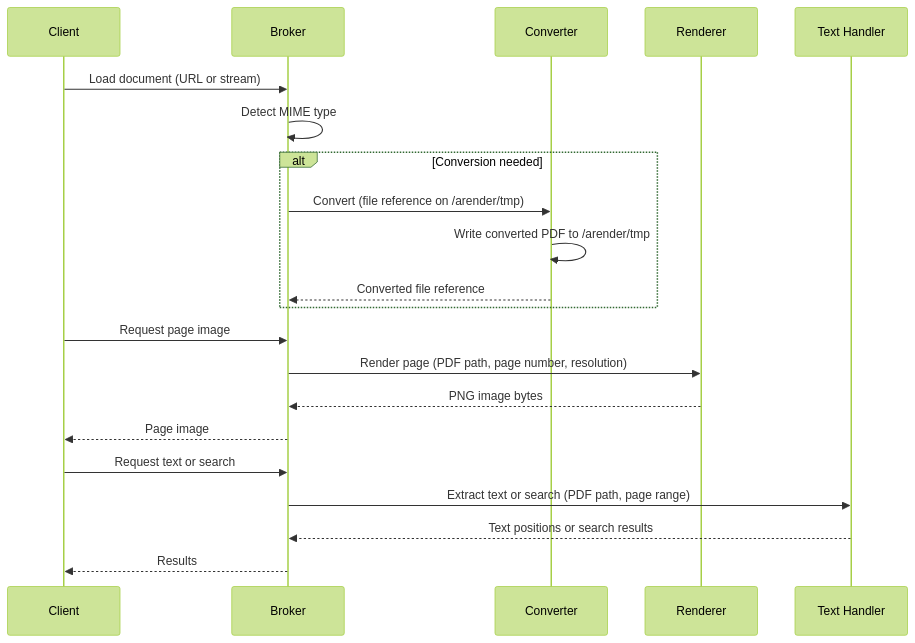
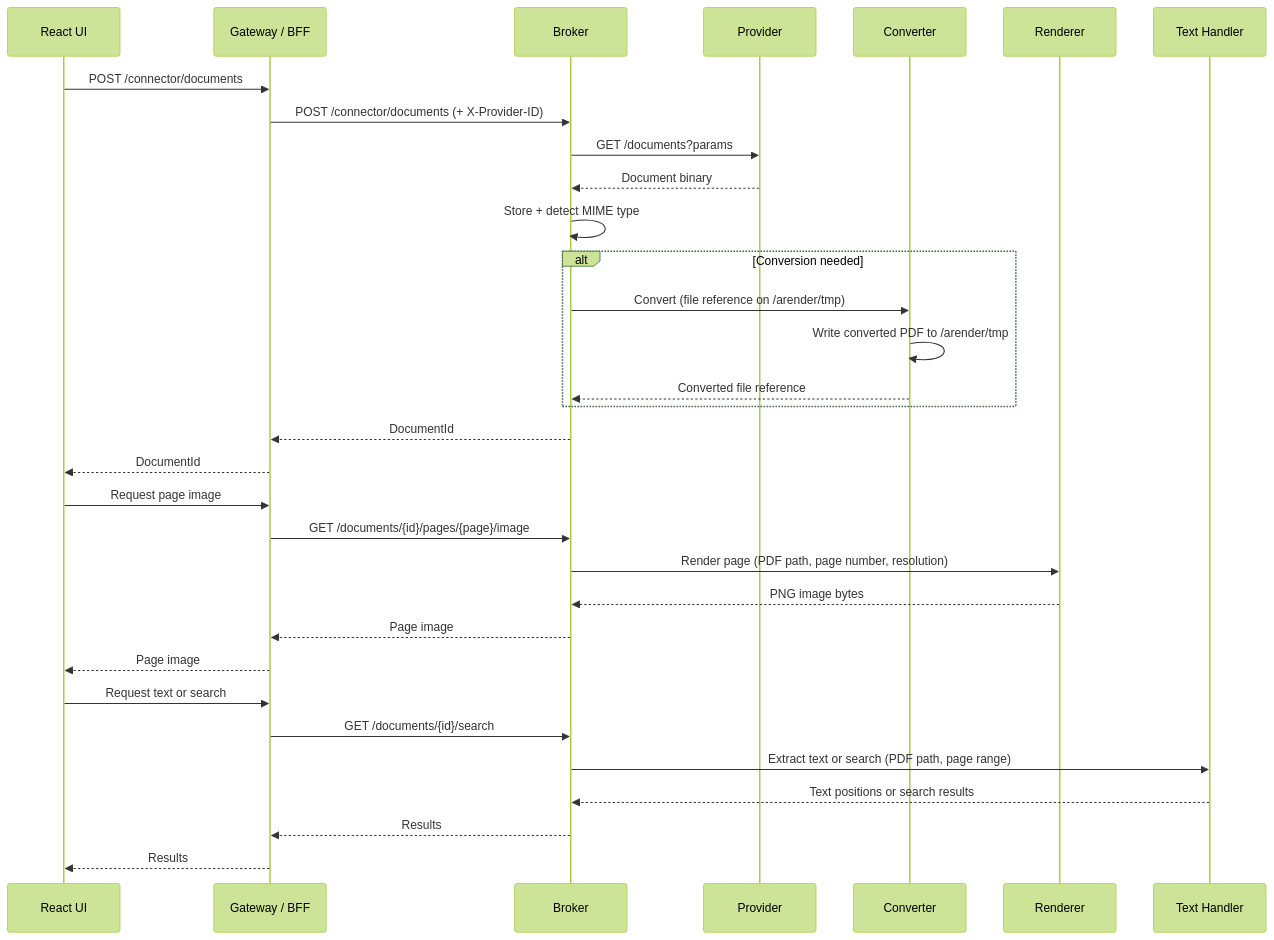
Before and after one commit to Uxopian/uxodocs: the third of 3 diagrams in docs/arender/overview/architecture.modern.md, drawn with Mermaid (forest theme). The commit also changed other lines of this file and 5 other files, not shown here.

````diff
--- a/docs/arender/overview/architecture.modern.md
+++ b/docs/arender/overview/architecture.modern.md
@@ -224,24 +269,35 @@
 ```mermaid
 sequenceDiagram
-    participant C as Client
+    participant UI as React UI
+    participant GW as Gateway / BFF
     participant SB as Broker
+    participant P as Provider
     participant DC as Converter
     participant DR as Renderer
     participant DT as Text Handler
 
-    C->>SB: Load document (URL or stream)
-    SB->>SB: Detect MIME type
+    UI->>GW: POST /connector/documents
+    GW->>SB: POST /connector/documents (+ X-Provider-ID)
+    SB->>P: GET /documents?params
+    P-->>SB: Document binary
+    SB->>SB: Store + detect MIME type
     alt Conversion needed
         SB->>DC: Convert (file reference on /arender/tmp)
         DC->>DC: Write converted PDF to /arender/tmp
         DC-->>SB: Converted file reference
     end
-    C->>SB: Request page image
+    SB-->>GW: DocumentId
+    GW-->>UI: DocumentId
+    UI->>GW: Request page image
+    GW->>SB: GET /documents/{id}/pages/{page}/image
     SB->>DR: Render page (PDF path, page number, resolution)
     DR-->>SB: PNG image bytes
-    SB-->>C: Page image
-    C->>SB: Request text or search
+    SB-->>GW: Page image
+    GW-->>UI: Page image
+    UI->>GW: Request text or search
+    GW->>SB: GET /documents/{id}/search
     SB->>DT: Extract text or search (PDF path, page range)
     DT-->>SB: Text positions or search results
-    SB-->>C: Results
+    SB-->>GW: Results
+    GW-->>UI: Results
 ```
````
